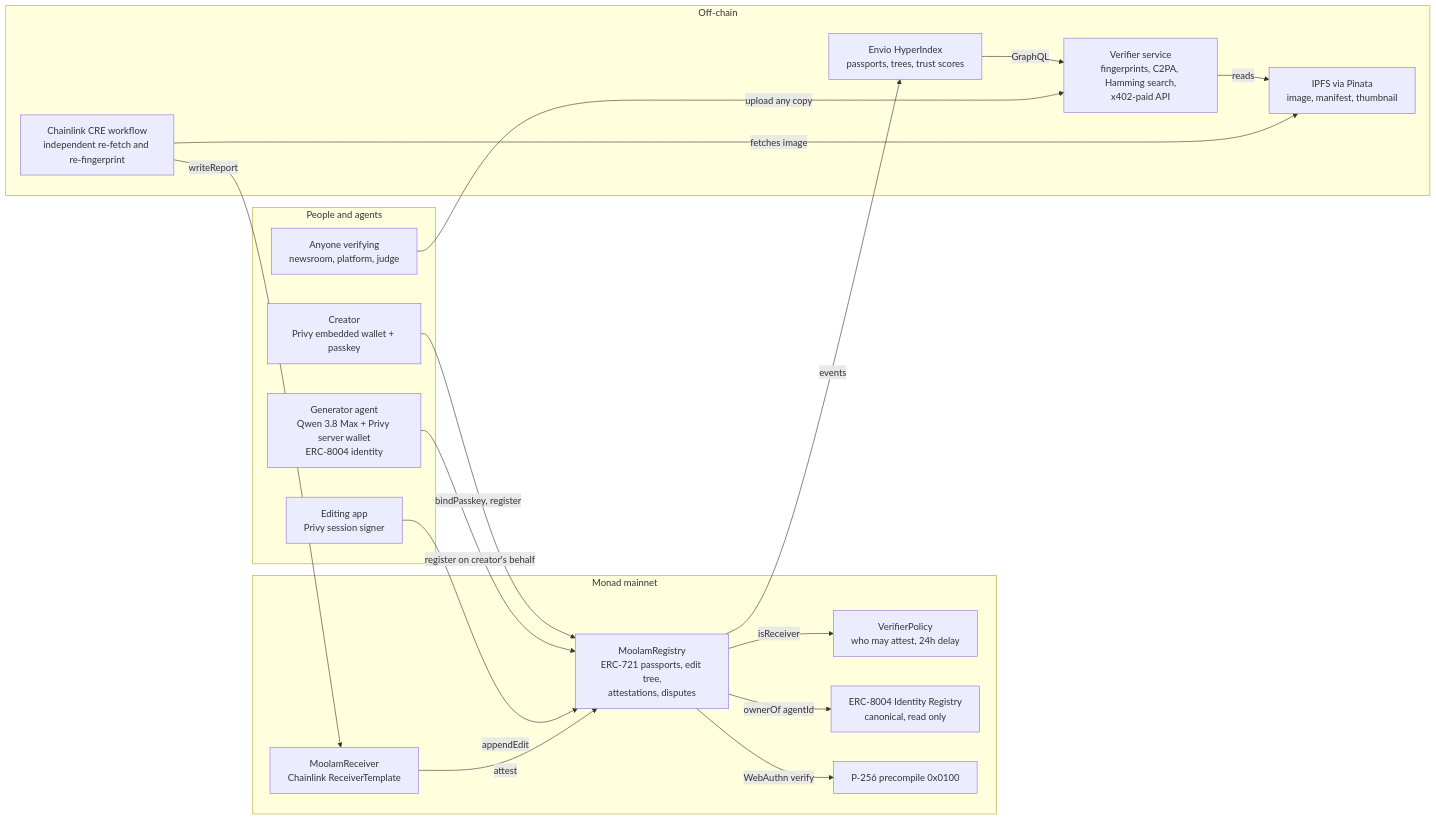
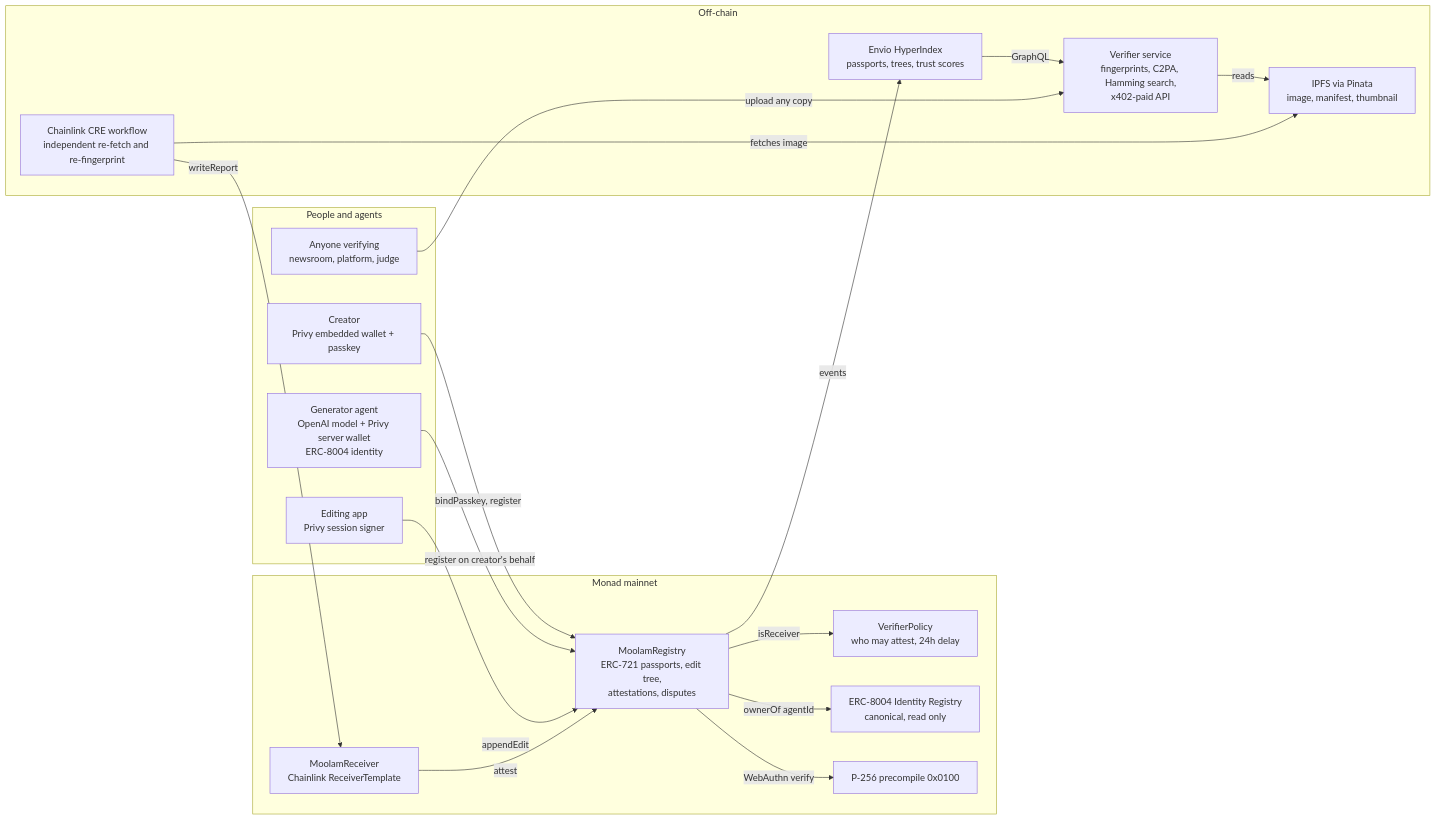
One commit to ramakrishnanhulk20/Moolam changed the first of 3 diagrams in ARCHITECTURE.md. Above: the diagram before and after it, drawn with Mermaid. The commit also changed other lines of this file, not shown here.

Commit message:
docs: note generator agent runs on openai

````diff
--- a/ARCHITECTURE.md
+++ b/ARCHITECTURE.md
@@ -11,37 +11,37 @@
 ```mermaid
 flowchart LR
     subgraph People and agents
         C[Creator<br/>Privy embedded wallet + passkey]
-        G[Generator agent<br/>Qwen 3.8 Max + Privy server wallet<br/>ERC-8004 identity]
+        G[Generator agent<br/>OpenAI model + Privy server wallet<br/>ERC-8004 identity]
         E[Editing app<br/>Privy session signer]
         V[Anyone verifying<br/>newsroom, platform, judge]
     end
 
     subgraph Monad mainnet
         R[MoolamRegistry<br/>ERC-721 passports, edit tree,<br/>attestations, disputes]
         P[VerifierPolicy<br/>who may attest, 24h delay]
         RC[MoolamReceiver<br/>Chainlink ReceiverTemplate]
         I8[ERC-8004 Identity Registry<br/>canonical, read only]
         PC[P-256 precompile 0x0100]
     end
 
     subgraph Off-chain
         S[Verifier service<br/>fingerprints, C2PA, Hamming search,<br/>x402-paid API]
         X[Envio HyperIndex<br/>passports, trees, trust scores]
         W[Chainlink CRE workflow<br/>independent re-fetch and re-fingerprint]
         F[IPFS via Pinata<br/>image, manifest, thumbnail]
     end
 
     C -- bindPasskey, register --> R
     G -- register on creator's behalf --> R
     E -- appendEdit --> R
     R -- WebAuthn verify --> PC
     R -- ownerOf agentId --> I8
     R -- isReceiver --> P
     W -- writeReport --> RC -- attest --> R
     R -- events --> X
     X -- GraphQL --> S
     S -- reads --> F
     W -- fetches image --> F
     V -- upload any copy --> S
 ```
````
